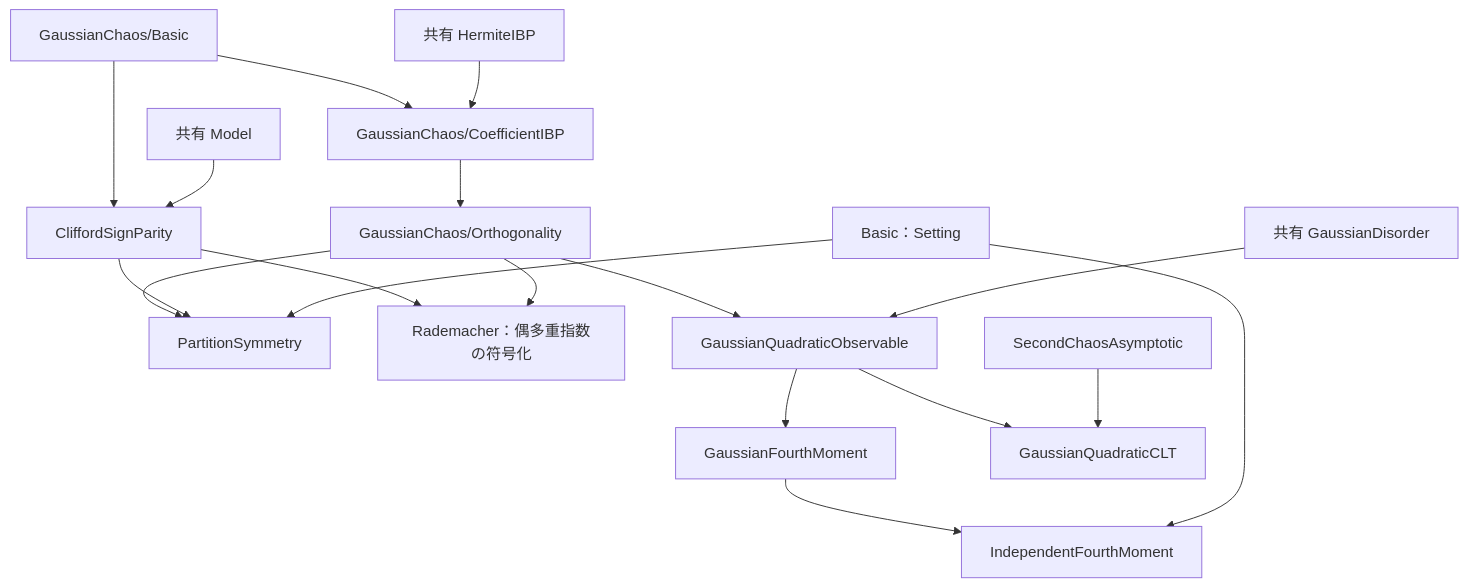
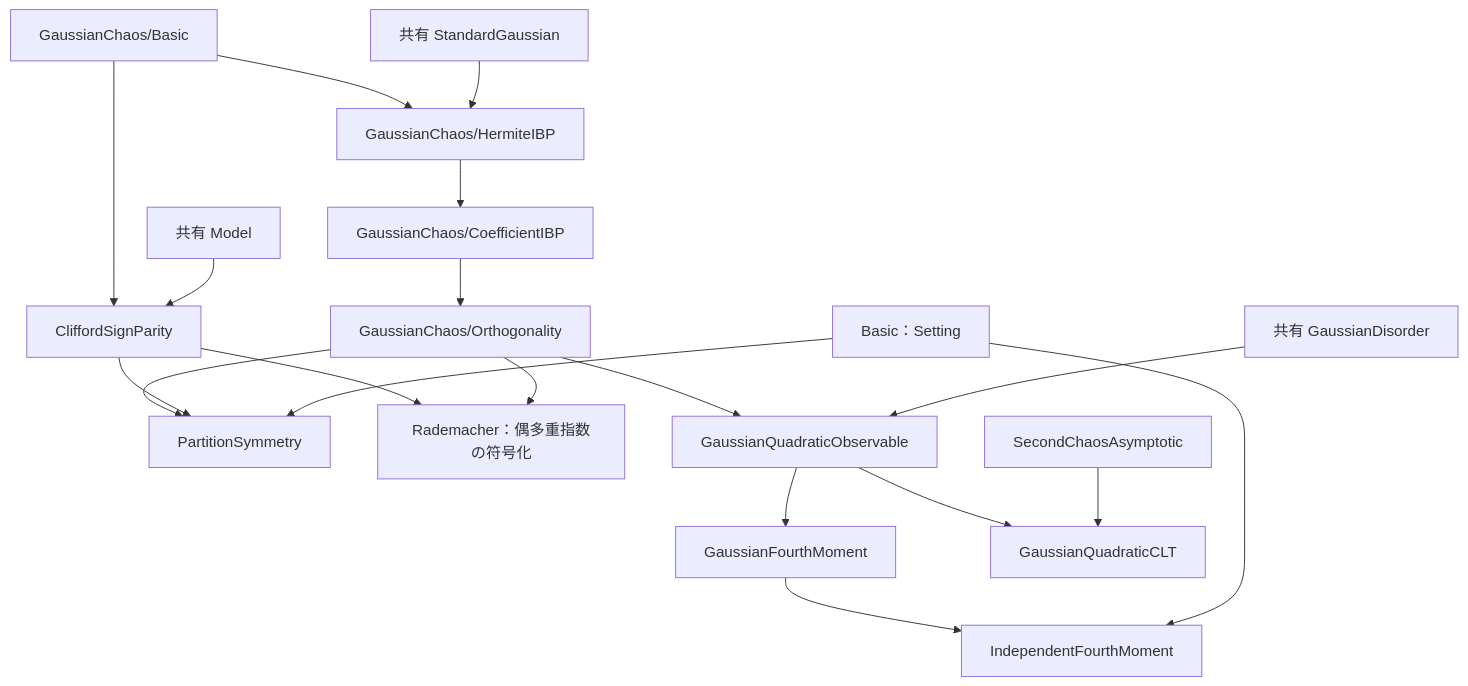
One commit to TokyoProbabilityGroup/SYK_CLT changed the first of 3 diagrams in SYK/CLT/ARCHITECTURE.md. Above: the diagram before and after it, drawn with Mermaid. The commit also changed other lines of this file and 10 other files, not shown here.

First line of the commit message:
refactor: unify the Hermite product and move HermiteIBP to GaussianChaos

````diff
--- a/SYK/CLT/ARCHITECTURE.md
+++ b/SYK/CLT/ARCHITECTURE.md
@@ -90,20 +90,21 @@
 ```mermaid
 flowchart TD
-    basic["GaussianChaos/Basic"] --> chaos["GaussianChaos/CoefficientIBP"]
+    basic["GaussianChaos/Basic"] --> hermiteibp["GaussianChaos/HermiteIBP"]
+    hermiteibp --> chaos["GaussianChaos/CoefficientIBP"]
     basic --> parity["CliffordSignParity"]
-    hermiteibp["共有 HermiteIBP"] --> chaos
+    gaussian["共有 StandardGaussian"] --> hermiteibp
     model["共有 Model"] --> parity
     chaos --> orth["GaussianChaos/Orthogonality"]
     orth --> prelim["PartitionSymmetry"]
     parity --> prelim
     parity --> rademacher["Rademacher：偶多重指数の符号化"]
     orth --> rademacher
     orth --> observable["GaussianQuadraticObservable"]
     disorder["共有 GaussianDisorder"] --> observable
     observable --> fourth["GaussianFourthMoment"]
     observable --> quadratic["GaussianQuadraticCLT"]
     asymptotic["SecondChaosAsymptotic"] --> quadratic
     fourth --> independent["IndependentFourthMoment"]
     setting["Basic：Setting"] --> prelim
     setting --> independent
 ```
````
